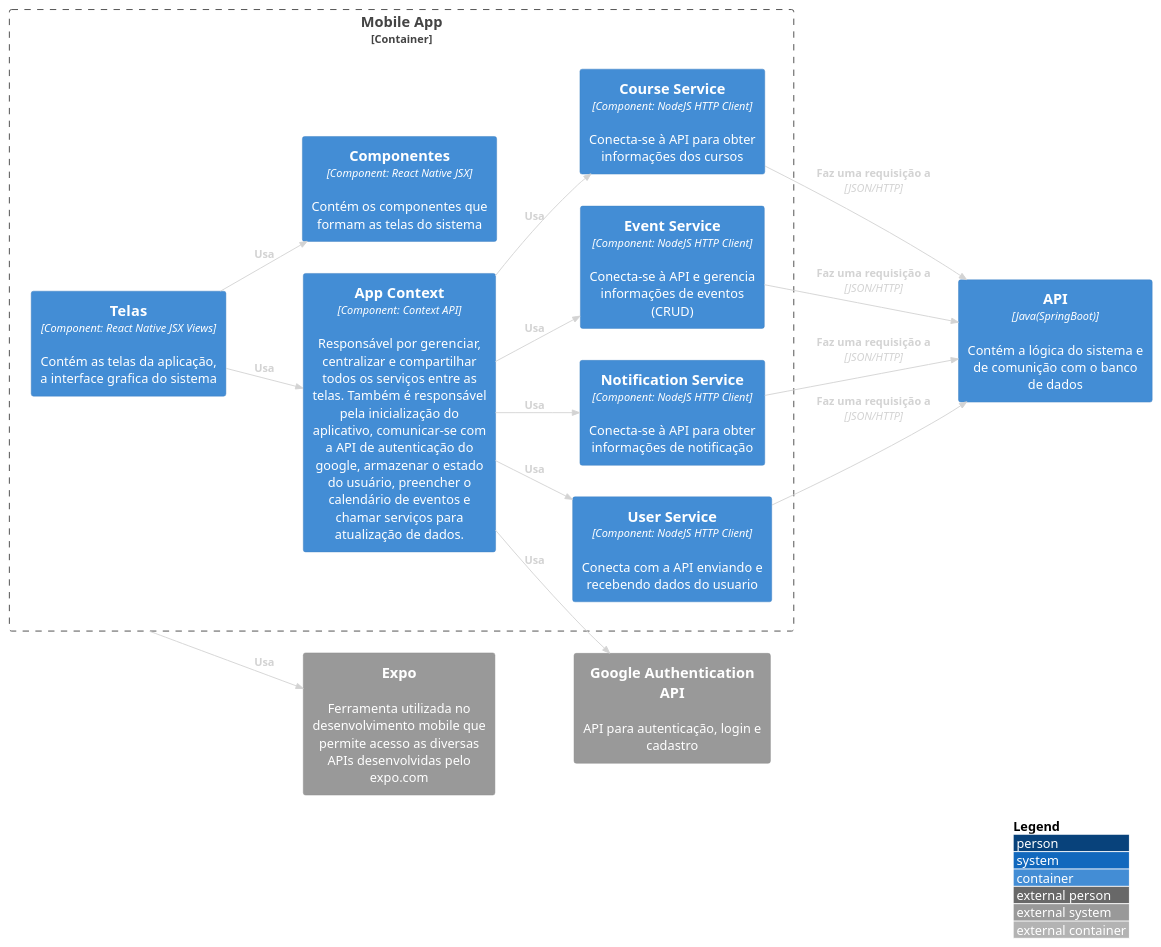
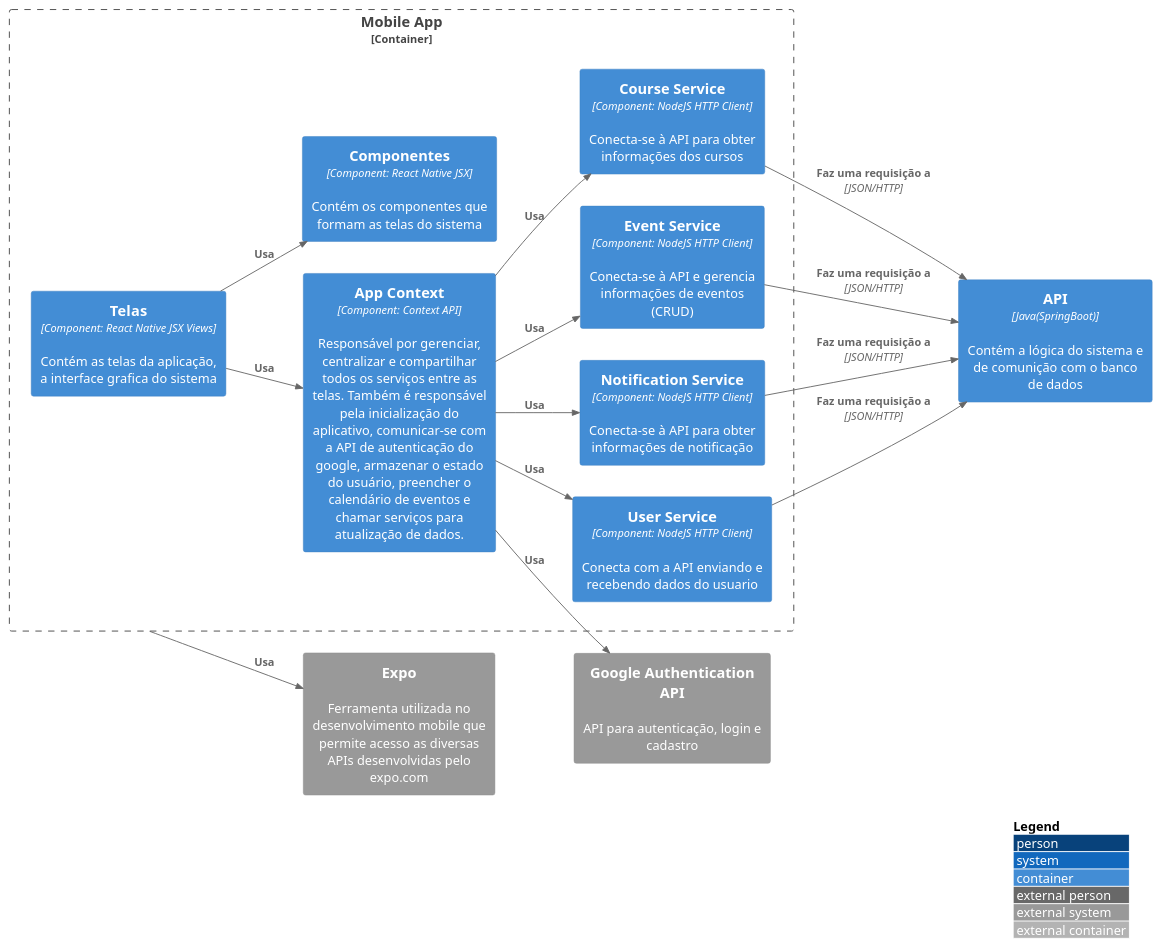
Before and after one commit to DahiseDias/UniCalArquitetura: the diagram in src/4.Arquitetura-C4/C3 - Components/Aplicação Mobile/mobileAppComponent.puml, drawn with PlantUML. The commit also changed 52 other files, not shown here.

```diff
--- a/src/4.Arquitetura-C4/C3 - Components/Aplicação Mobile/mobileAppComponent.puml
+++ b/src/4.Arquitetura-C4/C3 - Components/Aplicação Mobile/mobileAppComponent.puml
@@ -1,40 +1,40 @@
 @startuml
 !include https://raw.githubusercontent.com/adrianvlupu/C4-PlantUML/latest/C4_Container.puml
 
 LAYOUT_WITH_LEGEND()
 LAYOUT_LEFT_RIGHT()
-skinparam backgroundcolor transparent
-skinparam ArrowFontColor lightGray
-skinparam ArrowColor lightGray
+' skinparam backgroundcolor transparent
+' skinparam ArrowFontColor lightGray
+' skinparam ArrowColor lightGray
 
 Container(api, "API", "Java(SpringBoot)", "Contém a lógica do sistema e de comunição com o banco de dados")
 System_Ext(gAuth, "Google Authentication API", "API para autenticação, login e cadastro")
 System_Ext(Expo, "Expo", "Ferramenta utilizada no desenvolvimento mobile que permite acesso as diversas APIs desenvolvidas pelo expo.com")
 Container_Boundary(mobileApp, "Mobile App"){
     Container(appContext, "App Context", "Component: Context API", "Responsável por gerenciar, centralizar e compartilhar todos os serviços entre as telas. Também é responsável pela inicialização do aplicativo, comunicar-se com a API de autenticação do google, armazenar o estado do usuário, preencher o calendário de eventos e chamar serviços para atualização de dados.")
     Container(courseService, "Course Service", "Component: NodeJS HTTP Client", "Conecta-se à API para obter informações dos cursos")
     Container(eventService, "Event Service", "Component: NodeJS HTTP Client", "Conecta-se à API e gerencia informações de eventos (CRUD)")
     Container(NotificationService, "Notification Service", "Component: NodeJS HTTP Client", "Conecta-se à API para obter informações de notificação")
     Container(userService, "User Service", "Component: NodeJS HTTP Client", "Conecta com a API enviando e recebendo dados do usuario")
 
     Container(screens, "Telas", "Component: React Native JSX Views", "Contém as telas da aplicação, a interface grafica do sistema")
     Container(components, "Componentes", "Component: React Native JSX", "Contém os componentes que formam as telas do sistema")
 
     Rel(appContext, eventService, "Usa")
     Rel(appContext, courseService, "Usa")
     Rel(appContext, NotificationService, "Usa")
     Rel(appContext, userService, "Usa")
     Rel(screens, components, "Usa")
     Rel(screens, appContext, "Usa")
 
     Rel(courseService, api, "Faz uma requisição a", "JSON/HTTP")
     Rel(eventService, api, "Faz uma requisição a", "JSON/HTTP")
     Rel(NotificationService, api, "Faz uma requisição a", "JSON/HTTP")
     Rel(userService, api, "Faz uma requisição a", "JSON/HTTP")
     Rel(appContext, gAuth, "Usa")
     Rel(mobileApp, Expo, "Usa")
 
 }
 
 
 @enduml
```
